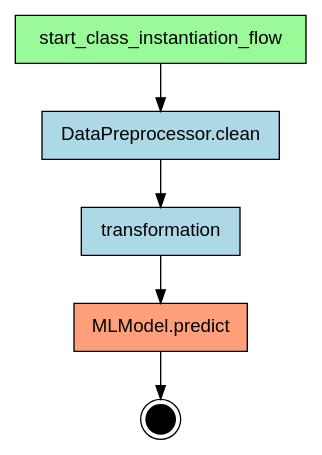
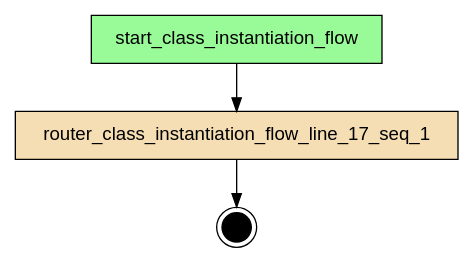
Before and after one commit to deliveryhero/asya: the diagram in examples/flows/compiled/sequential_with_class/flow.dot, drawn with Graphviz. The commit also changed 1302 other files, not shown here.

```diff
--- a/examples/flows/compiled/sequential_with_class/flow.dot
+++ b/examples/flows/compiled/sequential_with_class/flow.dot
@@ -1,18 +1,14 @@
 digraph "class_instantiation_flow" {
     rankdir=TB;
     node [shape=box, style=filled, fontname="Helvetica"];
 
     { rank=source; start_class_instantiation_flow; }
 
-    sequential_with_class_DataPreprocessor_clean [label="DataPreprocessor.clean", fillcolor=lightblue];
-    sequential_with_class_MLModel_predict [label="MLModel.predict", fillcolor=lightsalmon];
+    router_class_instantiation_flow_line_17_seq_1 [label="router_class_instantiation_flow_line_17_seq_1", fillcolor=wheat];
     start_class_instantiation_flow [label="start_class_instantiation_flow", fillcolor=palegreen];
-    transformation [label="transformation", fillcolor=lightblue];
 
     __end__ [label="", shape=doublecircle, fillcolor=black, width=0.3, fixedsize=true];
 
-    start_class_instantiation_flow -> sequential_with_class_DataPreprocessor_clean;
-    sequential_with_class_DataPreprocessor_clean -> transformation;
-    transformation -> sequential_with_class_MLModel_predict;
-    sequential_with_class_MLModel_predict -> __end__;
+    start_class_instantiation_flow -> router_class_instantiation_flow_line_17_seq_1;
+    router_class_instantiation_flow_line_17_seq_1 -> __end__;
 }
```
